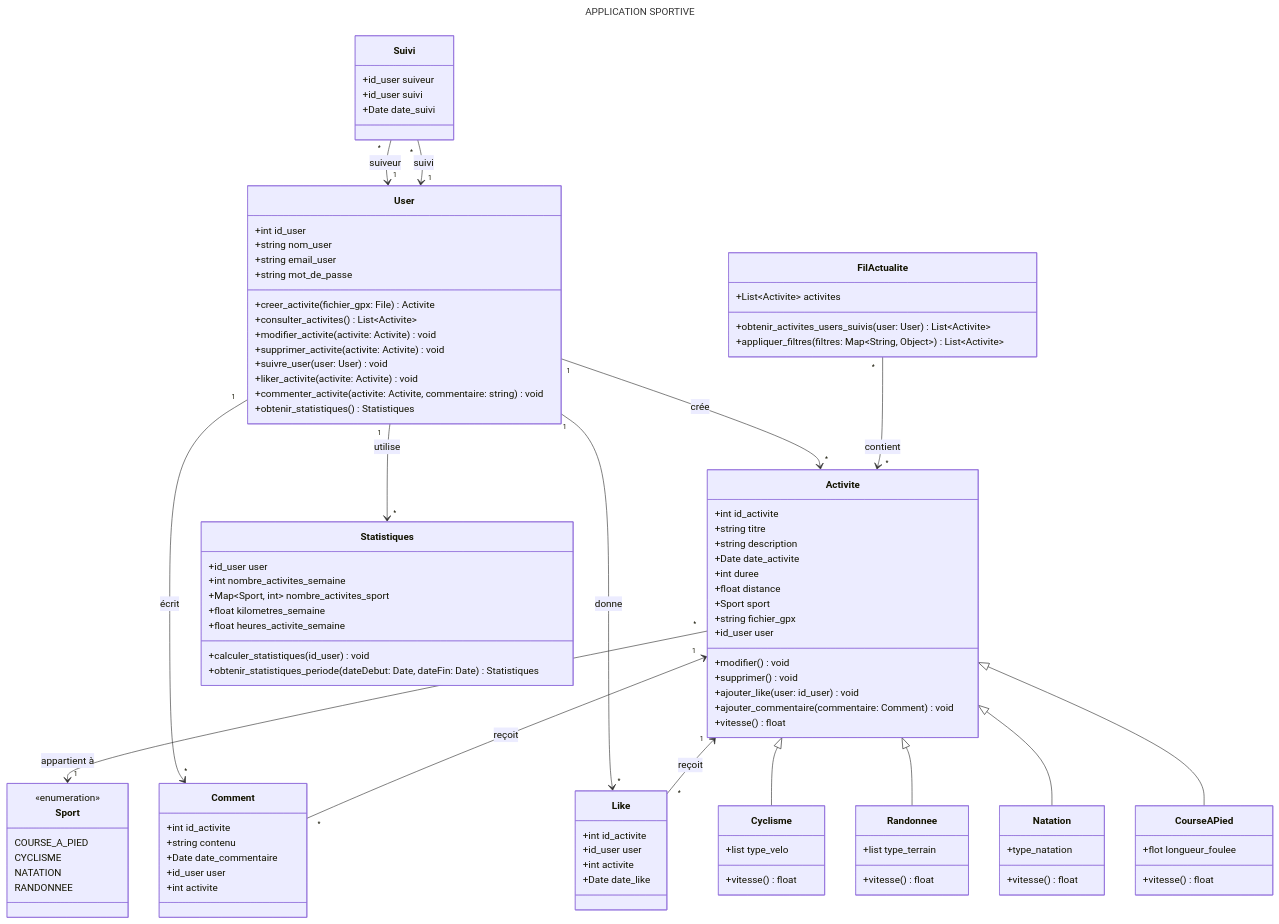
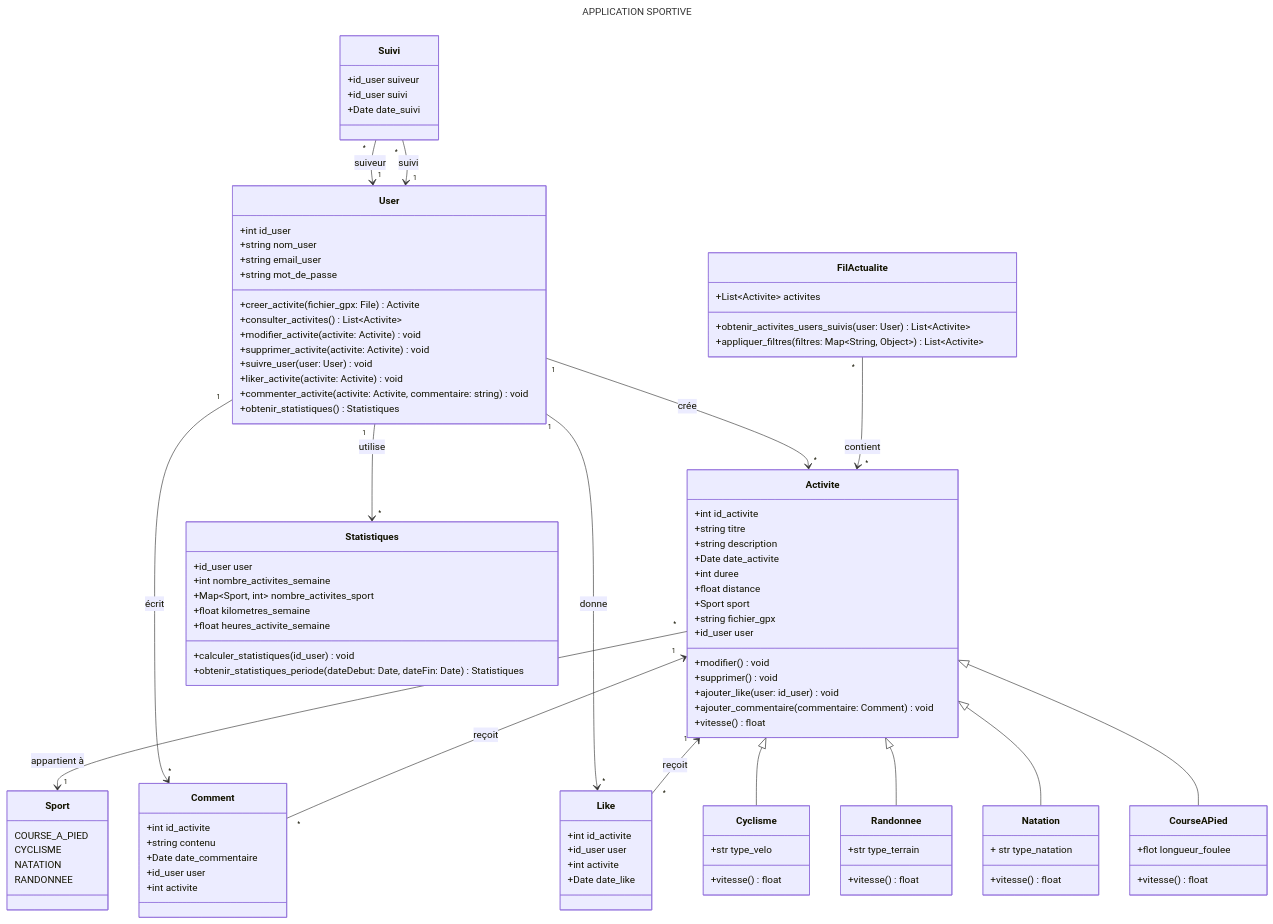
The diagram in diagramme_classe_projet.md (MariusAnicet/test), drawn with Mermaid before and after one commit.

```diff
--- a/diagramme_classe_projet.md
+++ b/diagramme_classe_projet.md
@@ -74,7 +74,6 @@
     }
 
     class Sport {
-        <<enumeration>>
         COURSE_A_PIED
         CYCLISME
         NATATION
@@ -82,17 +81,17 @@
     }
 
     class Cyclisme {
-        +list type_velo
+        +str type_velo
         +vitesse() float
     }
 
     class Randonnee {
-        +list type_terrain
+        +str type_terrain
         +vitesse() float
     }
 
     class Natation {
-        +type_natation
+        + str type_natation
         +vitesse() float
     }
 
```
